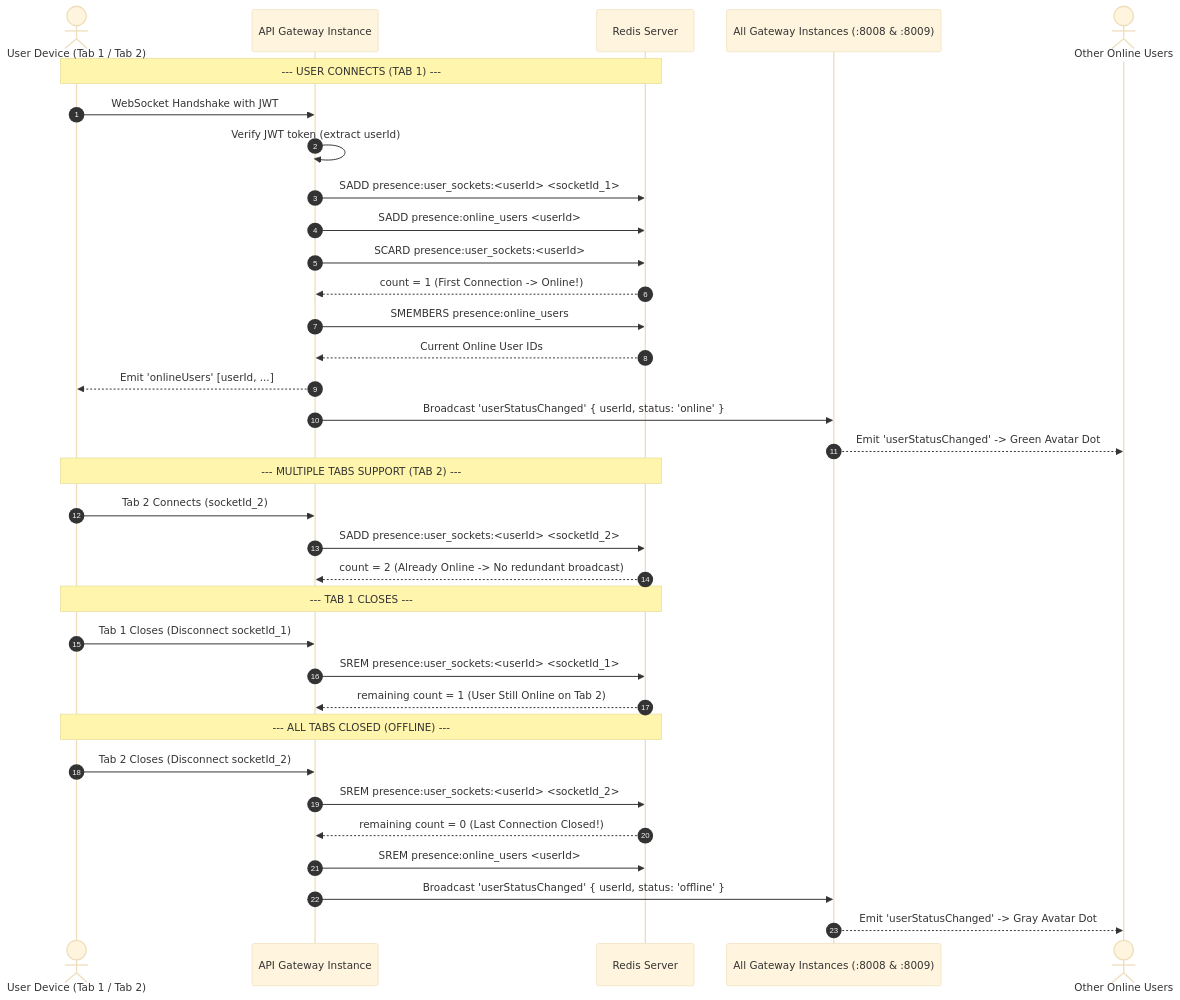
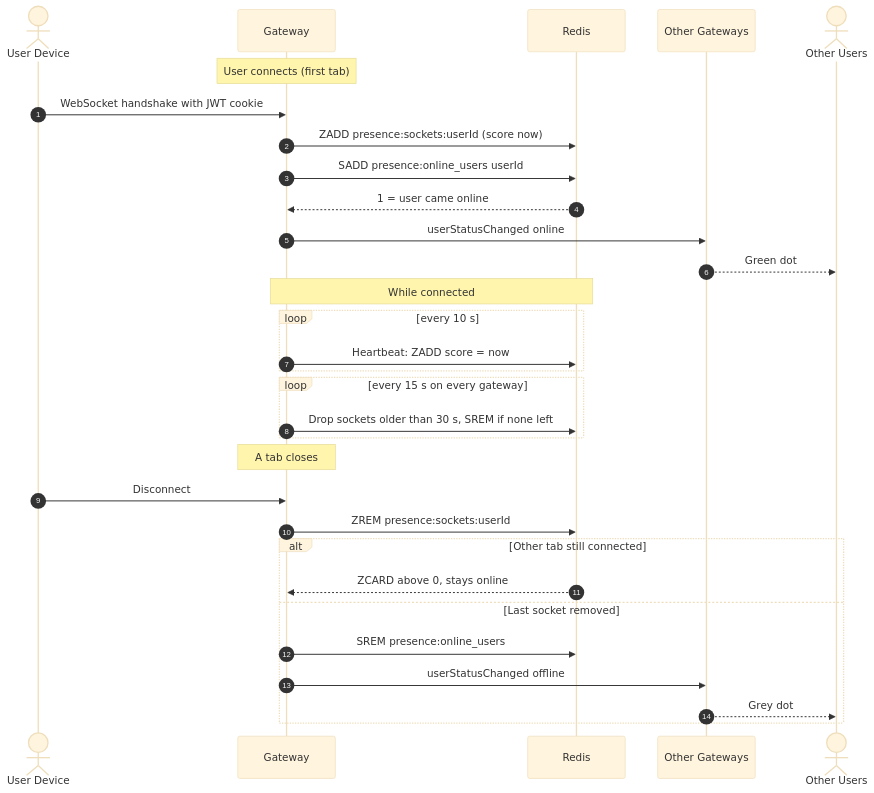
The eighth of 13 diagrams in distributed_system_report.md (vunhat0501/messenger-clone-microservice), drawn with Mermaid (base theme) before and after one commit. The commit also changed other lines of this file and 31 other files, not shown here.

Commit message:
docs: redraw architecture and workflow diagrams, fix ERD types and failover notes

````diff
--- a/distributed_system_report.md
+++ b/distributed_system_report.md
@@ -176,40 +302,36 @@
 ```mermaid
 sequenceDiagram
     autonumber
-    actor User as User Device (Tab 1 / Tab 2)
-    participant GW as API Gateway Instance
-    participant Redis as Redis Server
-    participant GatewayCluster as All Gateway Instances (:8008 & :8009)
-    actor Peers as Other Online Users
+    actor User as User Device
+    participant GW as Gateway
+    participant Redis as Redis
+    participant Others as Other Gateways
+    actor Peers as Other Users
 
-    Note over User,Redis: --- USER CONNECTS (TAB 1) ---
-    User->>GW: WebSocket Handshake with JWT
-    GW->>GW: Verify JWT token (extract userId)
-    GW->>Redis: SADD presence:user_sockets:<userId> <socketId_1>
-    GW->>Redis: SADD presence:online_users <userId>
-    GW->>Redis: SCARD presence:user_sockets:<userId>
-    Redis-->>GW: count = 1 (First Connection -> Online!)
-    GW->>Redis: SMEMBERS presence:online_users
-    Redis-->>GW: Current Online User IDs
-    GW-->>User: Emit 'onlineUsers' [userId, ...]
-    GW->>GatewayCluster: Broadcast 'userStatusChanged' { userId, status: 'online' }
-    GatewayCluster-->>Peers: Emit 'userStatusChanged' -> Green Avatar Dot
+    Note over GW: User connects (first tab)
+    User->>GW: WebSocket handshake with JWT cookie
+    GW->>Redis: ZADD presence:sockets:userId (score now)
+    GW->>Redis: SADD presence:online_users userId
+    Redis-->>GW: 1 = user came online
+    GW->>Others: userStatusChanged online
+    Others-->>Peers: Green dot
 
-    Note over User,Redis: --- MULTIPLE TABS SUPPORT (TAB 2) ---
-    User->>GW: Tab 2 Connects (socketId_2)
-    GW->>Redis: SADD presence:user_sockets:<userId> <socketId_2>
-    Redis-->>GW: count = 2 (Already Online -> No redundant broadcast)
+    Note over GW,Redis: While connected
+    loop every 10 s
+        GW->>Redis: Heartbeat: ZADD score = now
+    end
+    loop every 15 s on every gateway
+        GW->>Redis: Drop sockets older than 30 s, SREM if none left
+    end
 
-    Note over User,Redis: --- TAB 1 CLOSES ---
-    User->>GW: Tab 1 Closes (Disconnect socketId_1)
-    GW->>Redis: SREM presence:user_sockets:<userId> <socketId_1>
-    Redis-->>GW: remaining count = 1 (User Still Online on Tab 2)
-
-    Note over User,Redis: --- ALL TABS CLOSED (OFFLINE) ---
-    User->>GW: Tab 2 Closes (Disconnect socketId_2)
-    GW->>Redis: SREM presence:user_sockets:<userId> <socketId_2>
-    Redis-->>GW: remaining count = 0 (Last Connection Closed!)
-    GW->>Redis: SREM presence:online_users <userId>
-    GW->>GatewayCluster: Broadcast 'userStatusChanged' { userId, status: 'offline' }
-    GatewayCluster-->>Peers: Emit 'userStatusChanged' -> Gray Avatar Dot
+    Note over GW: A tab closes
+    User->>GW: Disconnect
+    GW->>Redis: ZREM presence:sockets:userId
+    alt Other tab still connected
+        Redis-->>GW: ZCARD above 0, stays online
+    else Last socket removed
+        GW->>Redis: SREM presence:online_users
+        GW->>Others: userStatusChanged offline
+        Others-->>Peers: Grey dot
+    end
 ```
````
